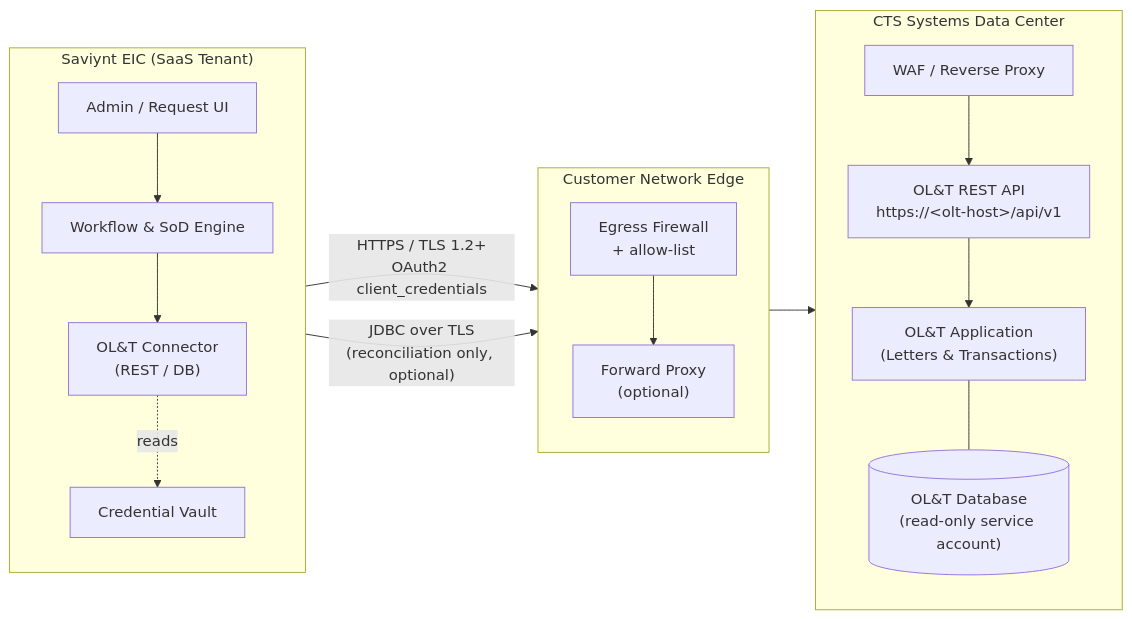
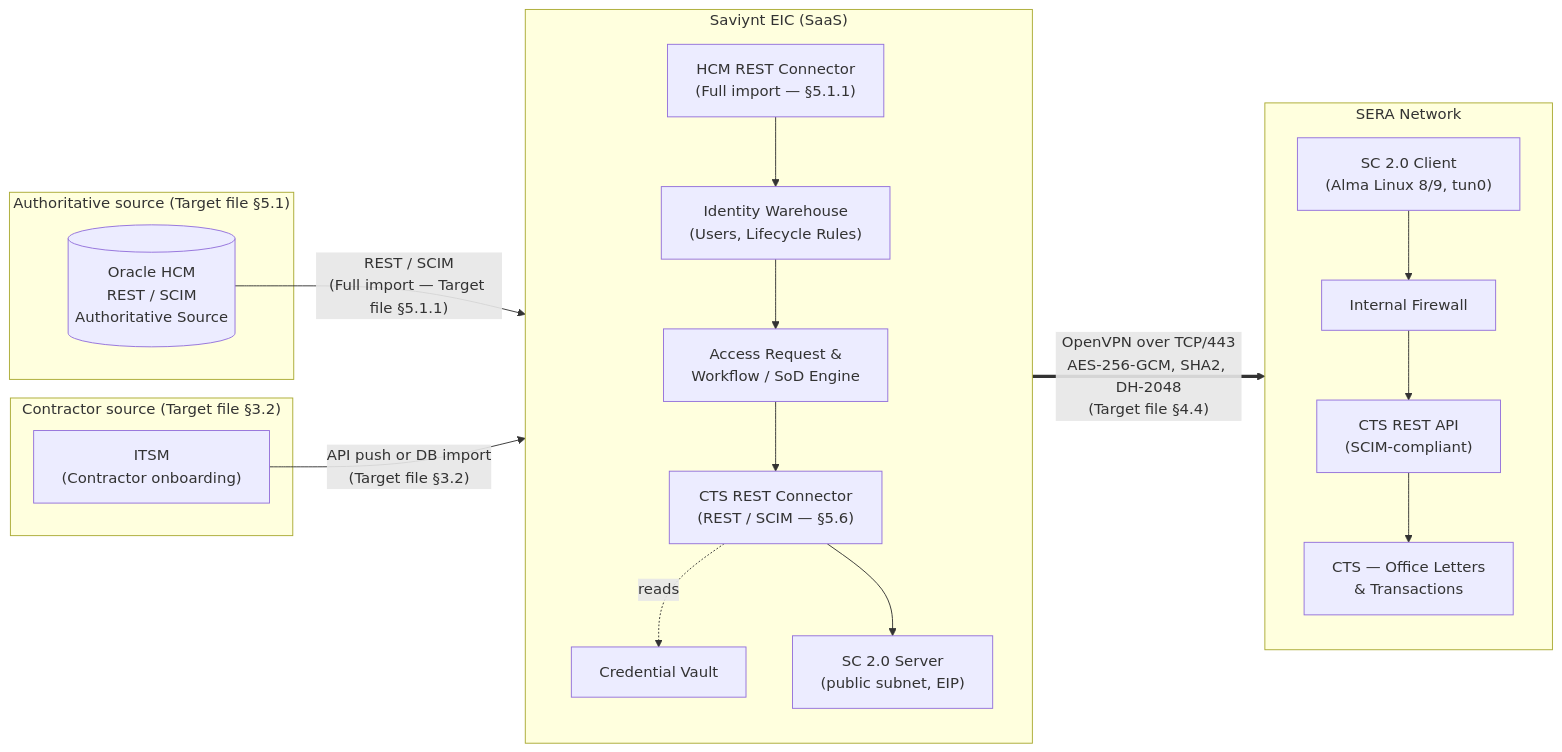
Before and after one commit to justOmarMoamen/All-Savi: the diagram in docs/integrations/saviynt-cts-office-letters-and-transactions.md, drawn with Mermaid. The commit also changed other lines of this file, not shown here.

First line of the commit message:
Enhance Saviynt-CTS doc per SERA Target Architecture V8 (Oracle HCM authoritative)

````diff
--- a/docs/integrations/saviynt-cts-office-letters-and-transactions.md
+++ b/docs/integrations/saviynt-cts-office-letters-and-transactions.md
@@ -71,32 +82,37 @@
 ```mermaid
 flowchart LR
-    subgraph SAVIYNT["Saviynt EIC (SaaS Tenant)"]
-        direction TB
-        UI["Admin / Request UI"]
-        WF["Workflow & SoD Engine"]
-        CONN["OL&T Connector<br/>(REST / DB)"]
-        VAULT["Credential Vault"]
-        UI --> WF --> CONN
-        CONN -. reads .-> VAULT
+    subgraph AUTH["Authoritative source (Target file §5.1)"]
+        HCM[("Oracle HCM<br/>REST / SCIM<br/>Authoritative Source")]
     end
 
-    subgraph EDGE["Customer Network Edge"]
-        direction TB
-        FW["Egress Firewall<br/>+ allow-list"]
-        PROXY["Forward Proxy<br/>(optional)"]
+    subgraph ITSM_SRC["Contractor source (Target file §3.2)"]
+        ITSM["ITSM<br/>(Contractor onboarding)"]
     end
 
-    subgraph CTS["CTS Systems Data Center"]
+    subgraph SAVIYNT["Saviynt EIC (SaaS)"]
         direction TB
-        WAF["WAF / Reverse Proxy"]
-        OLT_API["OL&T REST API<br/>https://&lt;olt-host&gt;/api/v1"]
-        OLT_DB[("OL&T Database<br/>(read-only service account)")]
-        OLT_APP["OL&T Application<br/>(Letters &amp; Transactions)"]
-        WAF --> OLT_API --> OLT_APP
-        OLT_APP --- OLT_DB
+        IMPORT["HCM REST Connector<br/>(Full import — §5.1.1)"]
+        IDENT["Identity Warehouse<br/>(Users, Lifecycle Rules)"]
+        WF["Access Request &<br/>Workflow / SoD Engine"]
+        CTS_CONN["CTS REST Connector<br/>(REST / SCIM — §5.6)"]
+        VAULT["Credential Vault"]
+        SC2_SRV["SC 2.0 Server<br/>(public subnet, EIP)"]
+        IMPORT --> IDENT --> WF --> CTS_CONN
+        CTS_CONN -. reads .-> VAULT
+        CTS_CONN --> SC2_SRV
     end
 
-    CONN -- "HTTPS / TLS 1.2+<br/>OAuth2 client_credentials" --> FW
-    FW --> PROXY --> WAF
-    CONN -- "JDBC over TLS<br/>(reconciliation only, optional)" --> FW
+    subgraph SERA["SERA Network"]
+        direction TB
+        SC2_CLI["SC 2.0 Client<br/>(Alma Linux 8/9, tun0)"]
+        FW["Internal Firewall"]
+        CTS_API["CTS REST API<br/>(SCIM-compliant)"]
+        CTS_APP["CTS — Office Letters<br/>& Transactions"]
+        SC2_CLI --> FW --> CTS_API --> CTS_APP
+    end
+
+    HCM -- "REST / SCIM<br/>(Full import — Target file §5.1.1)" --> IMPORT
+    ITSM -- "API push or DB import<br/>(Target file §3.2)" --> IDENT
+
+    SC2_SRV == "OpenVPN over TCP/443<br/>AES-256-GCM, SHA2, DH-2048<br/>(Target file §4.4)" ==> SC2_CLI
 ```
````
